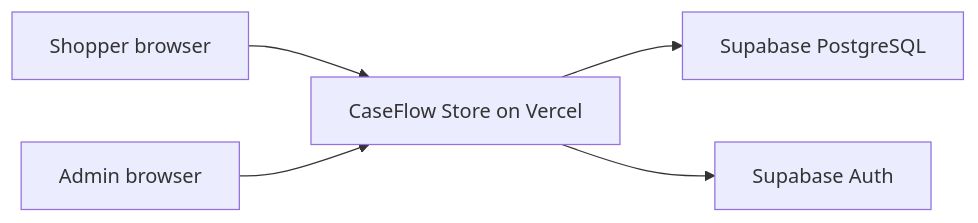
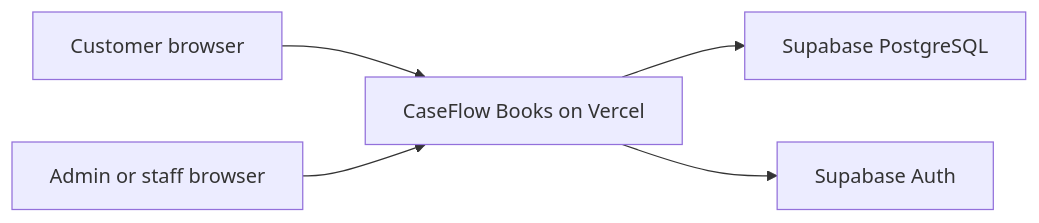
One commit to NVTruong473/caseflow-store changed the first of 2 diagrams in caseflow-store/docs/architecture.md. Above: the diagram before and after it, drawn with Mermaid. The commit also changed other lines of this file and 447 other files, not shown here.

Commit message:
release: CaseFlow Books v1.1.0

````diff
--- a/caseflow-store/docs/architecture.md
+++ b/caseflow-store/docs/architecture.md
@@ -12,13 +12,13 @@
 ```mermaid
 flowchart LR
-  Shopper["Shopper browser"]
-  Admin["Admin browser"]
-  App["CaseFlow Store on Vercel"]
+  Shopper["Customer browser"]
+  Operator["Admin or staff browser"]
+  App["CaseFlow Books on Vercel"]
   Database["Supabase PostgreSQL"]
   Auth["Supabase Auth"]
 
   Shopper --> App
-  Admin --> App
+  Operator --> App
   App --> Database
   App --> Auth
 ```
````
